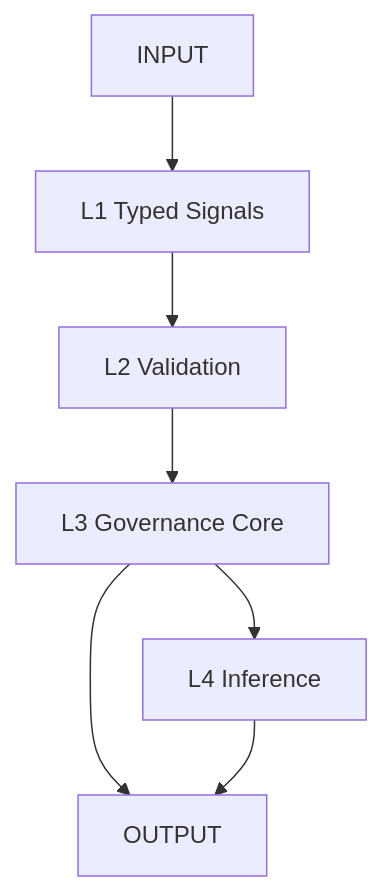
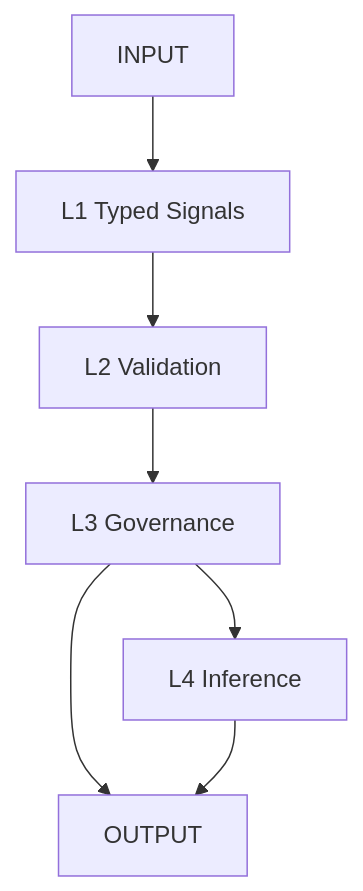
One commit to GeneralSergal/ORP changed the fifth of 5 diagrams in README.md. Above: the diagram before and after it, drawn with Mermaid.

````diff
--- a/README.md
+++ b/README.md
@@ -128,11 +128,9 @@
 ```mermaid
 flowchart TD
     A[INPUT] --> B[L1 Typed Signals]
     B --> C[L2 Validation]
-    C --> D[L3 Governance Core]
-
+    C --> D[L3 Governance]
     D --> E[OUTPUT]
     D --> F[L4 Inference]
-
     F --> E
 ```
````
